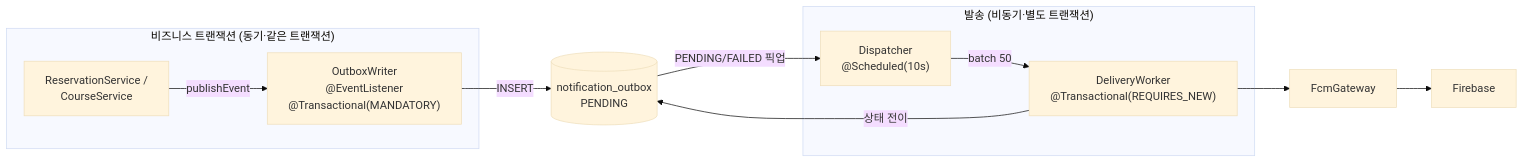
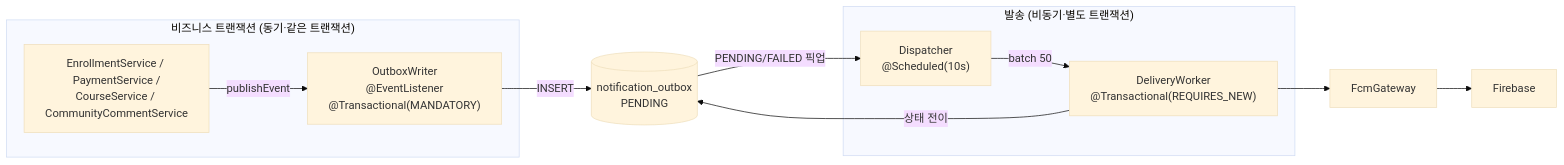
Before and after one commit to pungdong/Pungdong-Backend: the fifth of 7 diagrams in docs/architecture/system-overview.md, drawn with Mermaid (base theme). The commit also changed other lines of this file and 19 other files, not shown here.

````diff
--- a/docs/architecture/system-overview.md
+++ b/docs/architecture/system-overview.md
@@ -247,22 +247,22 @@
 ```mermaid
 flowchart LR
     subgraph Tx["비즈니스 트랜잭션 (동기·같은 트랜잭션)"]
-        Biz["ReservationService /<br/>CourseService"]
+        Biz["EnrollmentService / PaymentService /<br/>CourseService / CommunityCommentService"]
         Writer["OutboxWriter<br/>@EventListener<br/>@Transactional(MANDATORY)"]
         Biz -->|publishEvent| Writer
     end
 
     Outbox[("notification_outbox<br/>PENDING")]
     Writer -->|INSERT| Outbox
 
     subgraph Async["발송 (비동기·별도 트랜잭션)"]
         Dispatcher["Dispatcher<br/>@Scheduled(10s)"]
         Worker["DeliveryWorker<br/>@Transactional(REQUIRES_NEW)"]
         Dispatcher -->|batch 50| Worker
     end
 
     Outbox -->|"PENDING/FAILED 픽업"| Dispatcher
     Worker -->|상태 전이| Outbox
     Worker --> Gateway["FcmGateway"]
     Gateway --> FCM["Firebase"]
 ```
````
